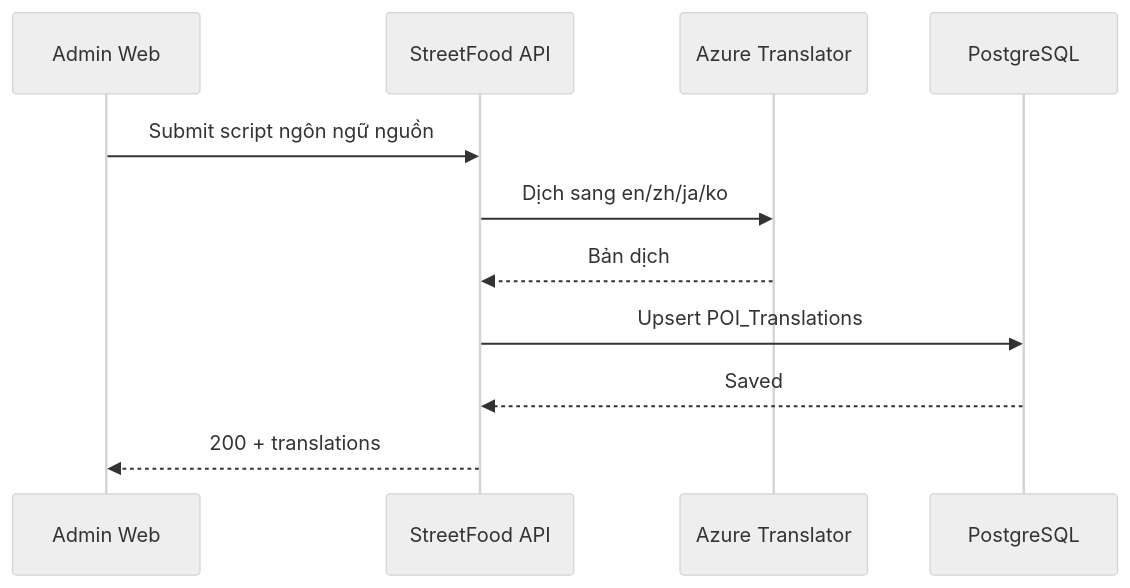
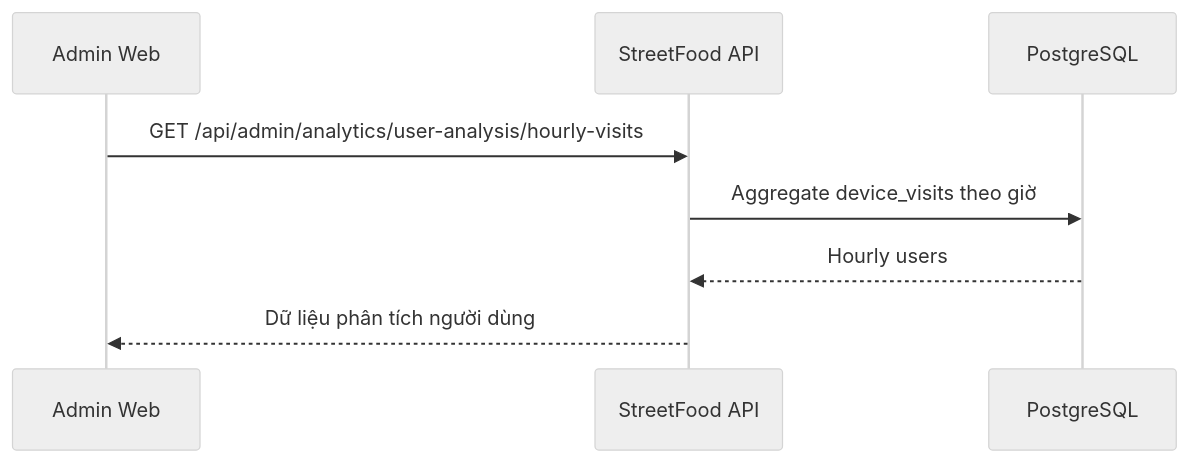
One commit to NguyenPhuc-Du/StreetFood changed diagram 19 of 45 in prd.md. Above: the diagram before and after it, drawn with Mermaid (neutral theme). The commit also changed other lines of this file and 2 other files, not shown here.

Commit message:
Update PRD + Fix web admin/app

````diff
--- a/prd.md
+++ b/prd.md
@@ -917,13 +928,11 @@
 ```mermaid
 sequenceDiagram
     participant A as Admin Web
     participant API as StreetFood API
-    participant T as Azure Translator
     participant DB as PostgreSQL
-    A->>API: Submit script ngôn ngữ nguồn
-    API->>T: Dịch sang en/zh/ja/ko
-    T-->>API: Bản dịch
-    API->>DB: Upsert POI_Translations
-    DB-->>API: Saved
-    API-->>A: 200 + translations
+
+    A->>API: GET /api/admin/analytics/user-analysis/hourly-visits
+    API->>DB: Aggregate device_visits theo giờ
+    DB-->>API: Hourly users
+    API-->>A: Dữ liệu phân tích người dùng
 ```
````
